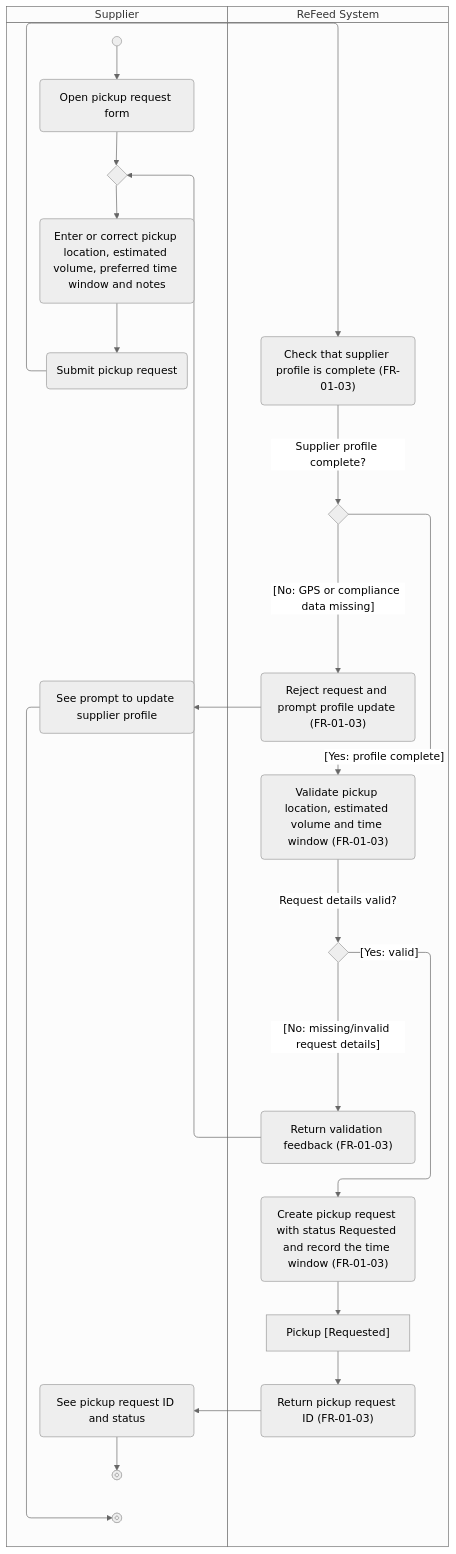
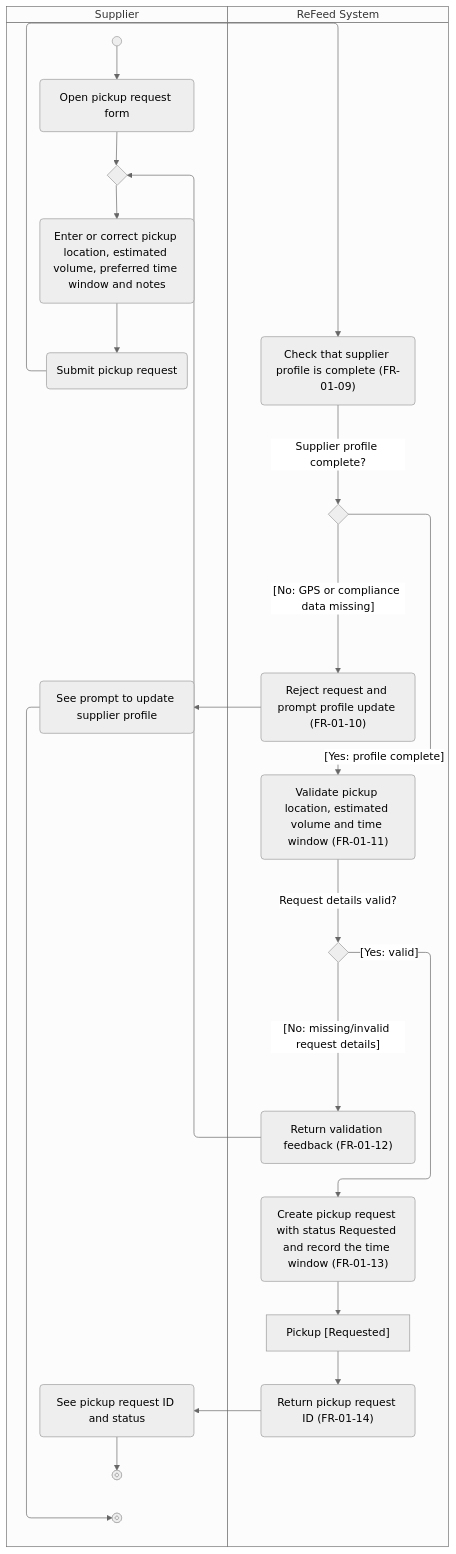
The diagram in docs/activity/AD-UC-03.md (thuyvicbh-alt/DBIZ2---GROUP-D), drawn with Mermaid (neutral theme) before and after one commit. The commit also changed other lines of this file, not shown here.

````diff
--- a/docs/activity/AD-UC-03.md
+++ b/docs/activity/AD-UC-03.md
@@ -24,34 +24,34 @@
 ```mermaid
 swimlane-beta TB
   subgraph ACT["Supplier"]
     start@{ shape: sm-circ }
     a1("Open pickup request form")
     m1{" "}
     a2("Enter or correct pickup location, estimated volume, preferred time window and notes")
     a3("Submit pickup request")
     a4("See prompt to update supplier profile")
     a5("See pickup request ID and status")
     stop1@{ shape: fr-circ }
     stop2@{ shape: fr-circ }
   end
 
   subgraph SYS["ReFeed System"]
-    s1("Check that supplier profile is complete (FR-01-03)")
+    s1("Check that supplier profile is complete (FR-01-09)")
     d1{" "}
-    s2("Reject request and prompt profile update (FR-01-03)")
-    s3("Validate pickup location, estimated volume and time window (FR-01-03)")
+    s2("Reject request and prompt profile update (FR-01-10)")
+    s3("Validate pickup location, estimated volume and time window (FR-01-11)")
     d2{" "}
-    s4("Return validation feedback (FR-01-03)")
-    s5("Create pickup request with status Requested and record the time window (FR-01-03)")
+    s4("Return validation feedback (FR-01-12)")
+    s5("Create pickup request with status Requested and record the time window (FR-01-13)")
     o1["Pickup [Requested]"]
-    s6("Return pickup request ID (FR-01-03)")
+    s6("Return pickup request ID (FR-01-14)")
   end
 
   start --> a1 --> m1 --> a2 --> a3 --> s1
   s1 -->|Supplier profile complete?| d1
   d1 -->|"[No: GPS or compliance data missing]"| s2 --> a4 --> stop2
   d1 -->|"[Yes: profile complete]"| s3
   s3 -->|Request details valid?| d2
   d2 -->|"[No: missing/invalid request details]"| s4 --> m1
   d2 -->|"[Yes: valid]"| s5 --> o1 --> s6 --> a5 --> stop1
 ```
````
